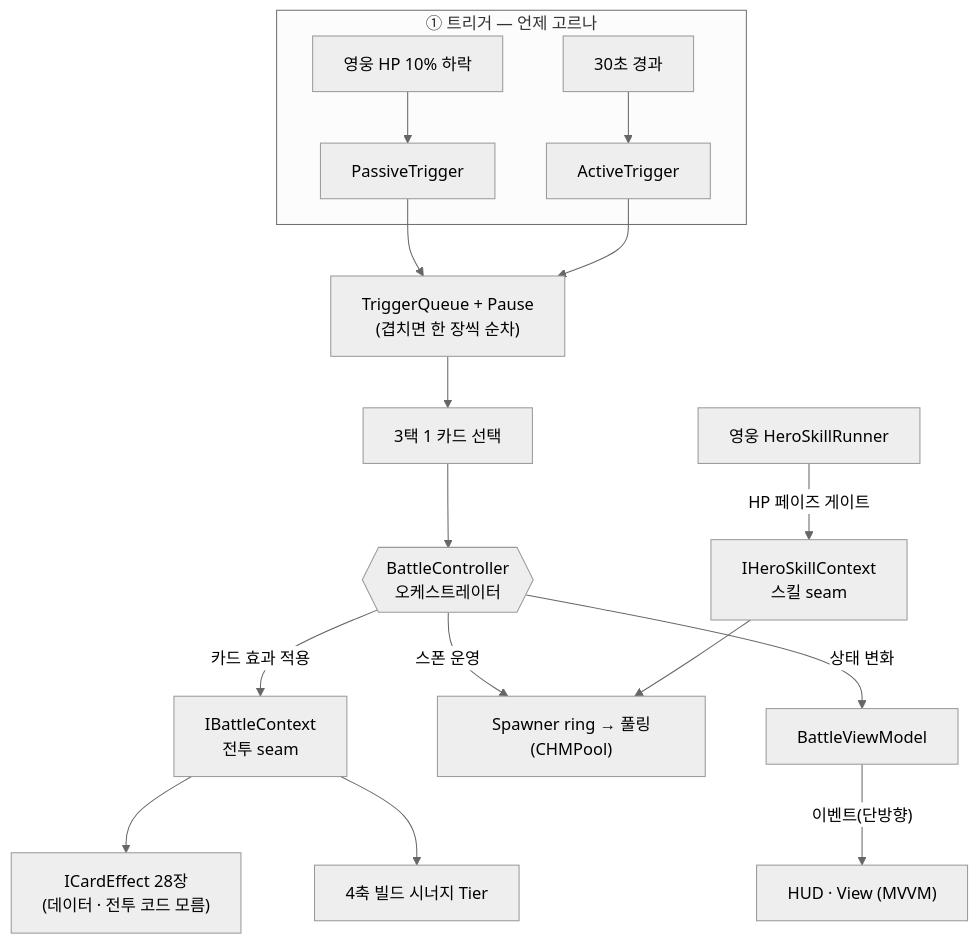
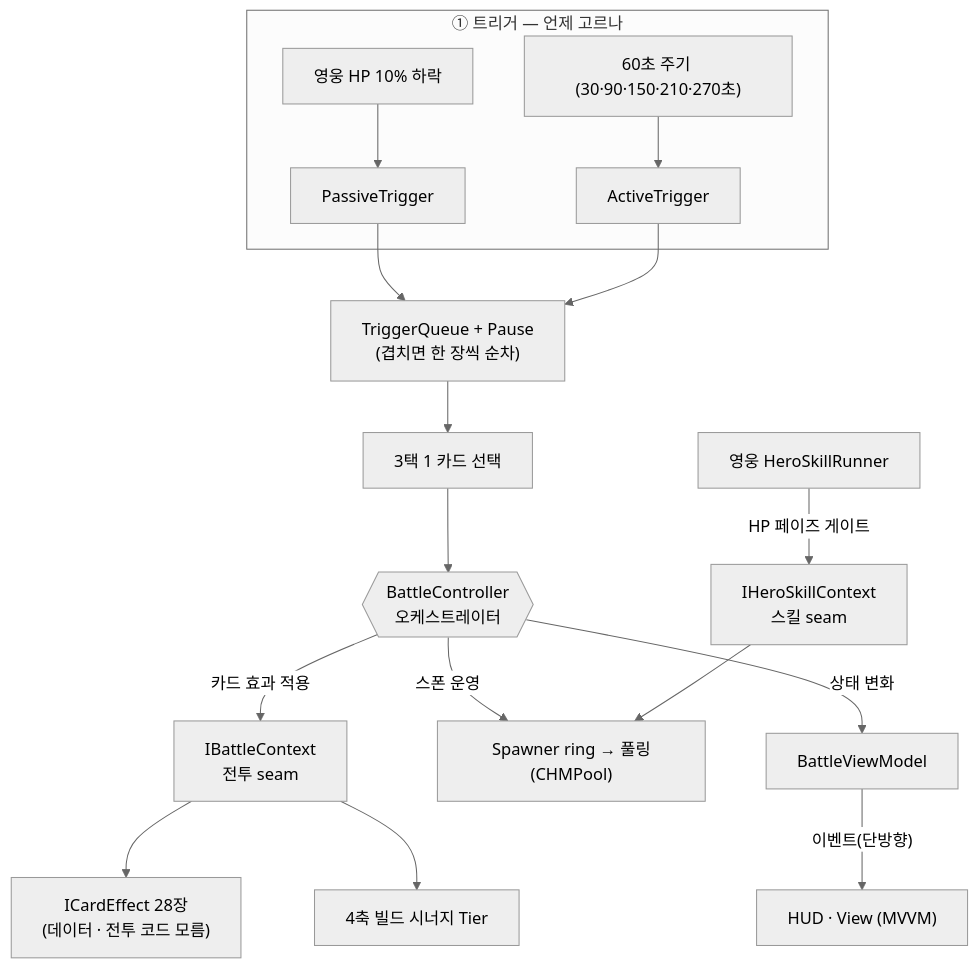
The first of 6 diagrams in README.md (chvj7567/Project_Lair), drawn with Mermaid (neutral theme) before and after one commit. The commit also changed other lines of this file and 2 other files, not shown here.

````diff
--- a/README.md
+++ b/README.md
@@ -53,21 +54,21 @@
 ```mermaid
 flowchart TB
     subgraph TRIG["① 트리거 — 언제 고르나"]
       HP["영웅 HP 10% 하락"] --> PT[PassiveTrigger]
-      T30["30초 경과"] --> AT[ActiveTrigger]
+      T30["60초 주기 (30·90·150·210·270초)"] --> AT[ActiveTrigger]
     end
     PT & AT --> Q["TriggerQueue + Pause<br/>(겹치면 한 장씩 순차)"]
     Q --> PICK["3택 1 카드 선택"]
 
     PICK --> BC{{"BattleController<br/>오케스트레이터"}}
     BC -->|"카드 효과 적용"| CTX["IBattleContext<br/>전투 seam"]
     CTX --> EFF["ICardEffect 28장<br/>(데이터 · 전투 코드 모름)"]
     CTX --> SYN["4축 빌드 시너지 Tier"]
 
     BC -->|"스폰 운영"| SPW["Spawner ring → 풀링(CHMPool)"]
     BC -->|"상태 변화"| VM["BattleViewModel"]
     VM -->|"이벤트(단방향)"| VIEW["HUD · View (MVVM)"]
 
     HERO["영웅 HeroSkillRunner"] -->|"HP 페이즈 게이트"| HCTX["IHeroSkillContext<br/>스킬 seam"]
     HCTX --> SPW
 ```
````
